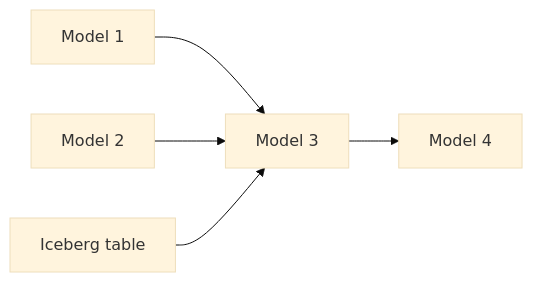
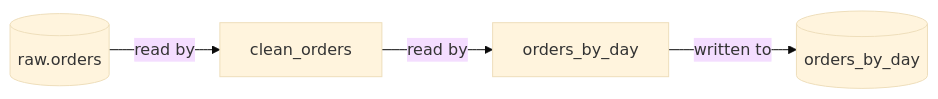
One commit to BauplanLabs/bauplan changed the first of 3 diagrams in docs/pages/concepts/pipelines.mdx. Above: the diagram before and after it, drawn with Mermaid (base theme). The commit also changed other lines of this file and 20 other files, not shown here.

````diff
--- a/docs/pages/concepts/pipelines.mdx
+++ b/docs/pages/concepts/pipelines.mdx
@@ -55,6 +50,4 @@
 ```mermaid
 flowchart LR
-    M1["Model 1"] --> M3
-    M2["Model 2"] --> M3["Model 3"] --> M4["Model 4"]
-    T["Iceberg table"]:::external --> M3
+  T[("raw.orders")] -- read by --> M1["clean_orders"] -- read by --> M2["orders_by_day"] -- written to --> O[("orders_by_day")]
 ```
````
